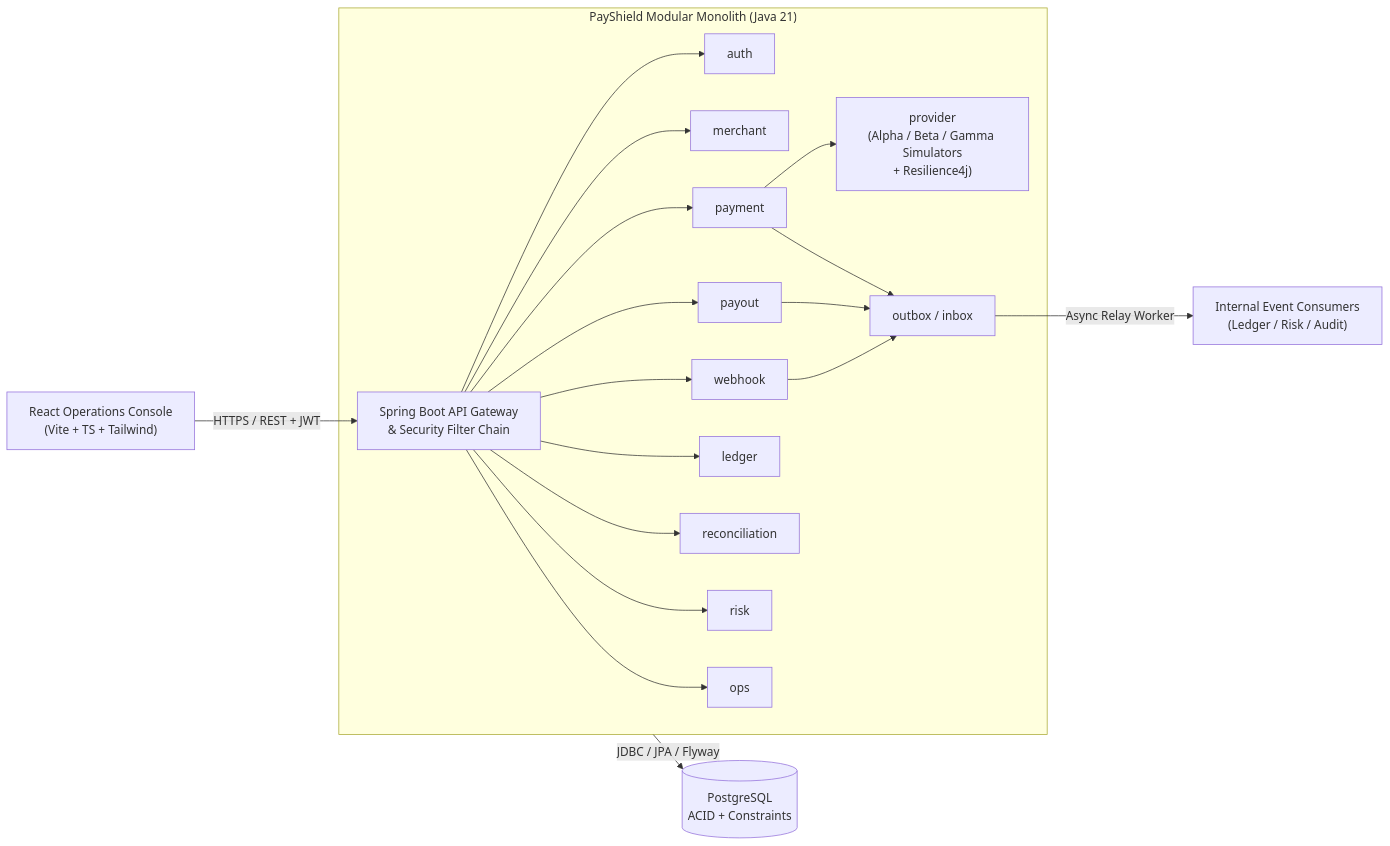
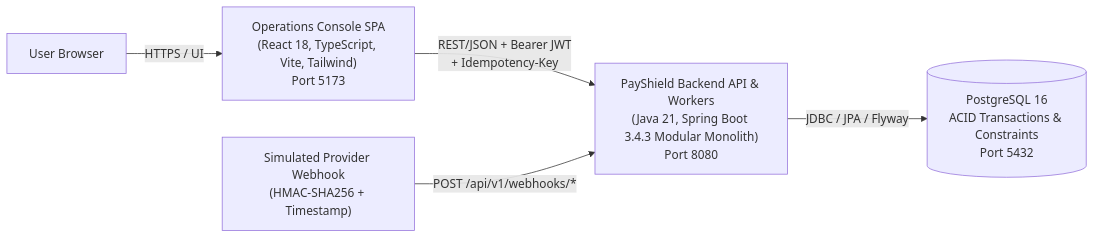
Before and after one commit to ashutoshpatil28/PayShield: the second of 4 diagrams in docs/architecture/system-overview.md, drawn with Mermaid. The commit also changed other lines of this file and 39 other files, not shown here.

Commit message:
First Version Of PayShield

````diff
--- a/docs/architecture/system-overview.md
+++ b/docs/architecture/system-overview.md
@@ -12,24 +32,7 @@
 ```mermaid
 flowchart LR
-    UI["React Operations Console\n(Vite + TS + Tailwind)"] -->|HTTPS / REST + JWT| API["Spring Boot API Gateway\n& Security Filter Chain"]
-
-    subgraph Backend ["PayShield Modular Monolith (Java 21)"]
-        API --> Auth["auth"]
-        API --> Merchant["merchant"]
-        API --> Payment["payment"]
-        API --> Webhook["webhook"]
-        API --> Payout["payout"]
-        API --> Ledger["ledger"]
-        API --> Recon["reconciliation"]
-        API --> Risk["risk"]
-        API --> Ops["ops"]
-
-        Payment --> Provider["provider\n(Alpha / Beta / Gamma Simulators\n+ Resilience4j)"]
-        Payment --> Outbox["outbox / inbox"]
-        Payout --> Outbox
-        Webhook --> Outbox
-    end
-
-    Backend -->|JDBC / JPA / Flyway| DB[("PostgreSQL\nACID + Constraints")]
-    Outbox -->|Async Relay Worker| Consumers["Internal Event Consumers\n(Ledger / Risk / Audit)"]
+    Browser["User Browser"] -->|"HTTPS / UI"| Frontend["Operations Console SPA\n(React 18, TypeScript, Vite, Tailwind)\nPort 5173"]
+    Frontend -->|"REST/JSON + Bearer JWT\n+ Idempotency-Key"| Backend["PayShield Backend API & Workers\n(Java 21, Spring Boot 3.4.3 Modular Monolith)\nPort 8080"]
+    SimWebhook["Simulated Provider Webhook\n(HMAC-SHA256 + Timestamp)"] -->|"POST /api/v1/webhooks/*"| Backend
+    Backend -->|"JDBC / JPA / Flyway"| DB[("PostgreSQL 16\nACID Transactions & Constraints\nPort 5432")]
 ```
````
